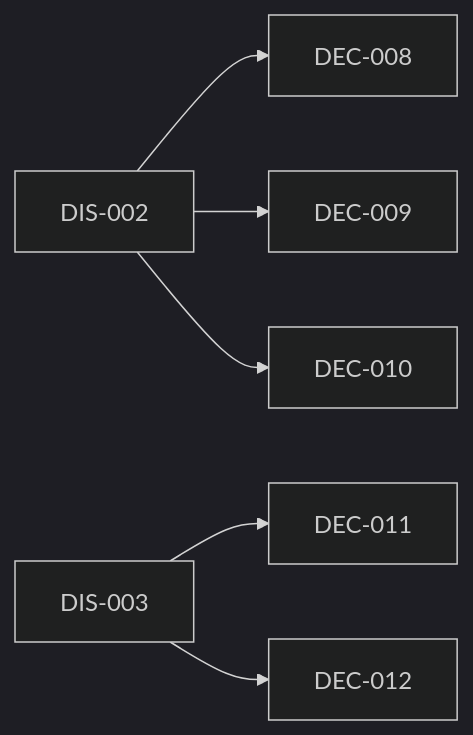
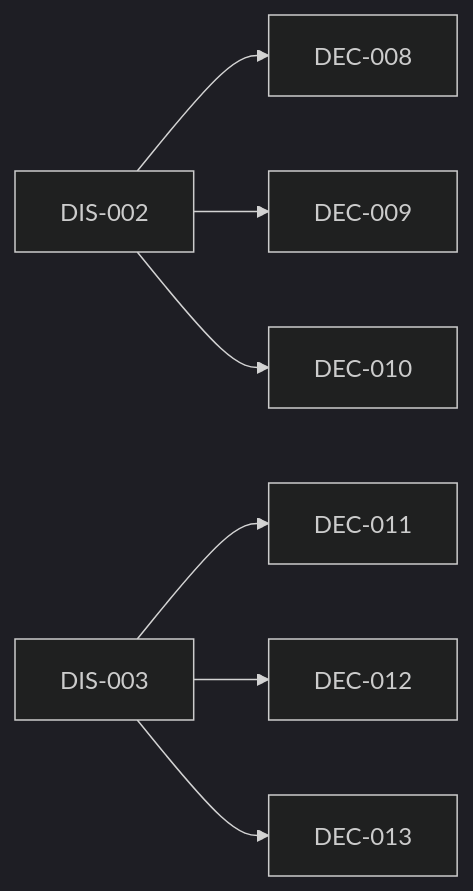
Before and after one commit to amartis/sonoai_research_notes: the diagram in INDEX.md, drawn with Mermaid (dark theme). The commit also changed other lines of this file and 2 other files, not shown here.

First line of the commit message:
Add DEC-013: losses reuse the matrix score formulas; DIS-003 adds m-1 tasks

````diff
--- a/INDEX.md
+++ b/INDEX.md
@@ -34,8 +35,9 @@
 ```mermaid
 flowchart LR
   DIS_002[DIS-002] --> DEC_008[DEC-008]
   DIS_002[DIS-002] --> DEC_009[DEC-009]
   DIS_002[DIS-002] --> DEC_010[DEC-010]
   DIS_003[DIS-003] --> DEC_011[DEC-011]
   DIS_003[DIS-003] --> DEC_012[DEC-012]
+  DIS_003[DIS-003] --> DEC_013[DEC-013]
 ```
````
